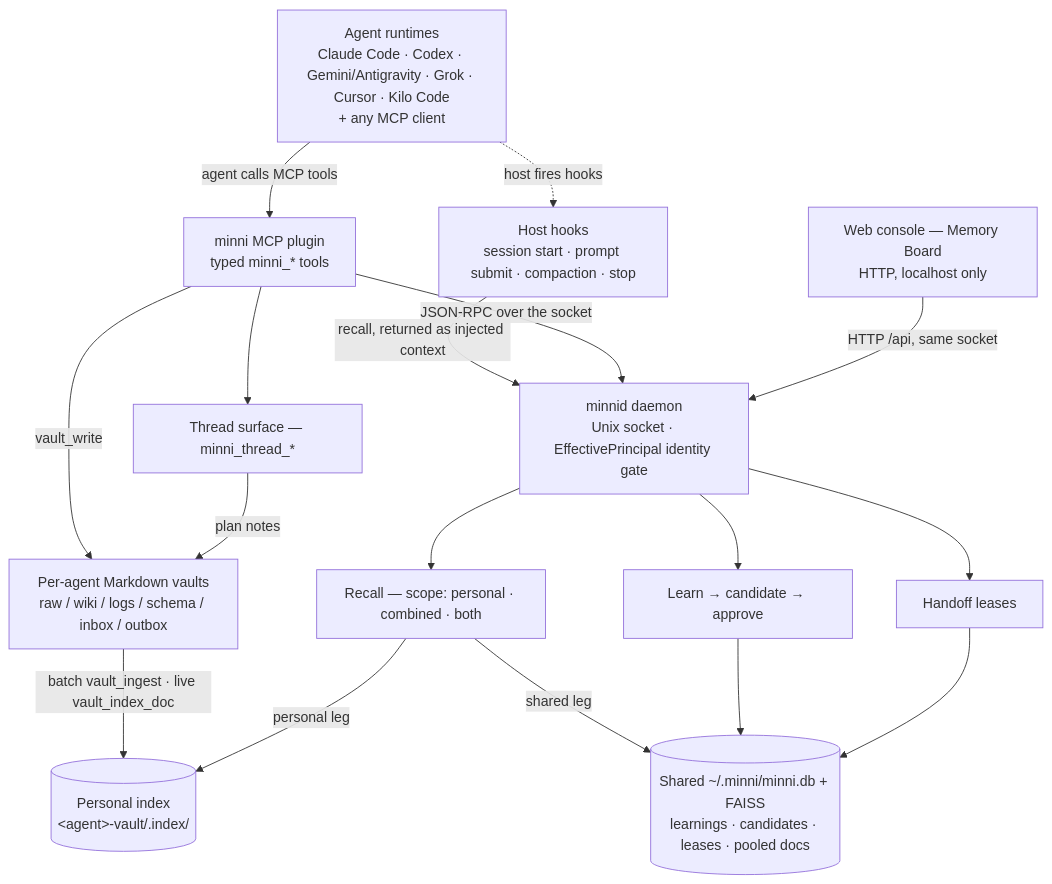
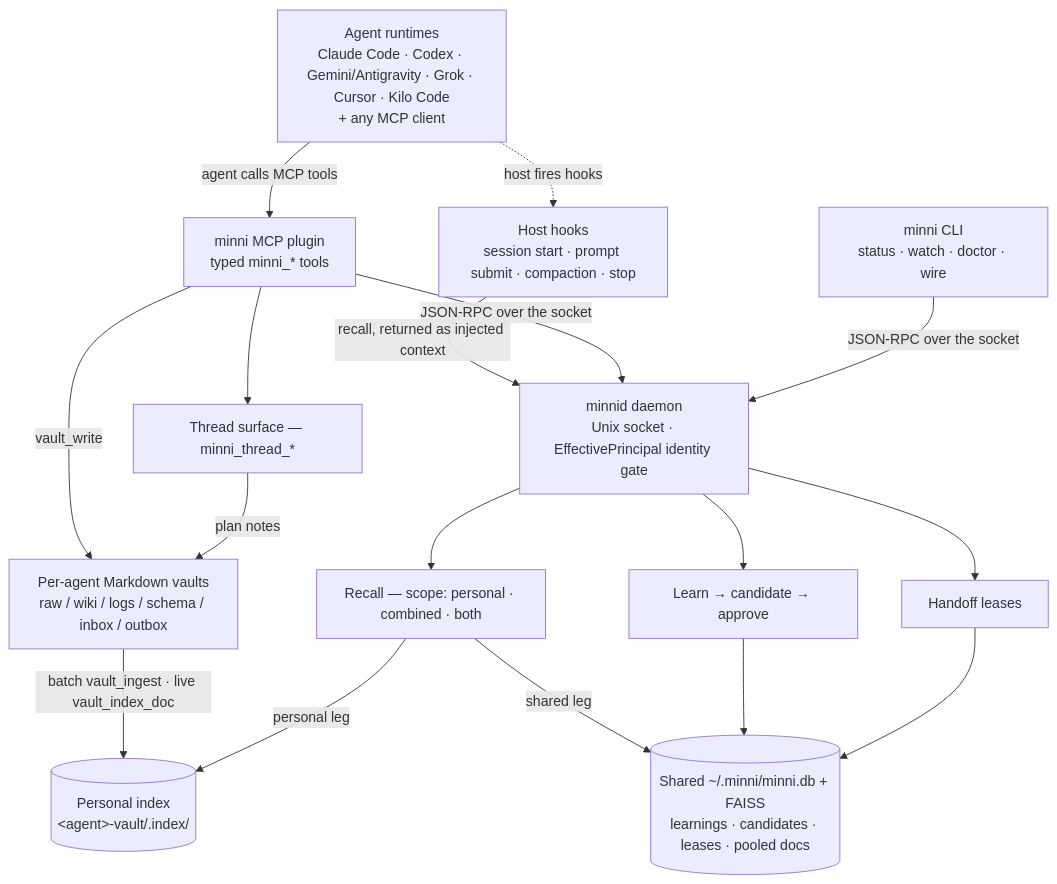
Before and after one commit to infektyd/minni: the diagram in README.md, drawn with Mermaid. The commit also changed other lines of this file and 162 other files, not shown here.

````diff
--- a/README.md
+++ b/README.md
@@ -153,39 +153,39 @@
 ```mermaid
 %% Budget: 12/18 nodes, 16 edges. Dashed = host-fired; solid = someone calls.
 %% Tool names re-verified 2026-08-04: the thread surface ships as minni_thread_*;
 %% the pre-rename minni_plan_* aliases are removed.
 flowchart TD
     Agents["Agent runtimes<br/>Claude Code · Codex · Gemini/Antigravity · Grok · Cursor · Kilo Code<br/>+ any MCP client"]
     Hooks["Host hooks<br/>session start · prompt submit · compaction · stop"]
     Plugin["minni MCP plugin<br/>typed minni_* tools"]
-    Console["Web console — Memory Board<br/>HTTP, localhost only"]
+    CLI["minni CLI<br/>status · watch · doctor · wire"]
     Daemon["minnid daemon<br/>Unix socket · EffectivePrincipal identity gate"]
 
     Retrieval["Recall — scope: personal · combined · both"]
     Governance["Learn → candidate → approve"]
     Handoff["Handoff leases"]
     Plans["Thread surface — minni_thread_*"]
     Vaults["Per-agent Markdown vaults<br/>raw / wiki / logs / schema / inbox / outbox"]
     Personal[("Personal index<br/>&lt;agent&gt;-vault/.index/")]
     Shared[("Shared ~/.minni/minni.db + FAISS<br/>learnings · candidates · leases · pooled docs")]
 
     Agents -.->|host fires hooks| Hooks
     Agents -->|agent calls MCP tools| Plugin
     Hooks -->|recall, returned as injected context| Daemon
     Plugin -->|JSON-RPC over the socket| Daemon
-    Console -->|HTTP /api, same socket| Daemon
+    CLI -->|JSON-RPC over the socket| Daemon
 
     Daemon --> Retrieval
     Daemon --> Governance
     Daemon --> Handoff
 
     Plugin --> Plans
     Plugin -->|vault_write| Vaults
     Plans -->|plan notes| Vaults
     Vaults -->|batch vault_ingest · live vault_index_doc| Personal
 
     Retrieval -->|personal leg| Personal
     Retrieval -->|shared leg| Shared
     Governance --> Shared
     Handoff --> Shared
 ```
````
